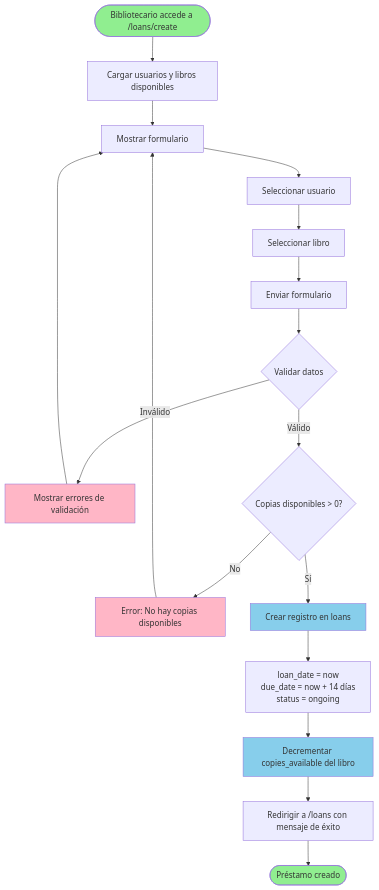
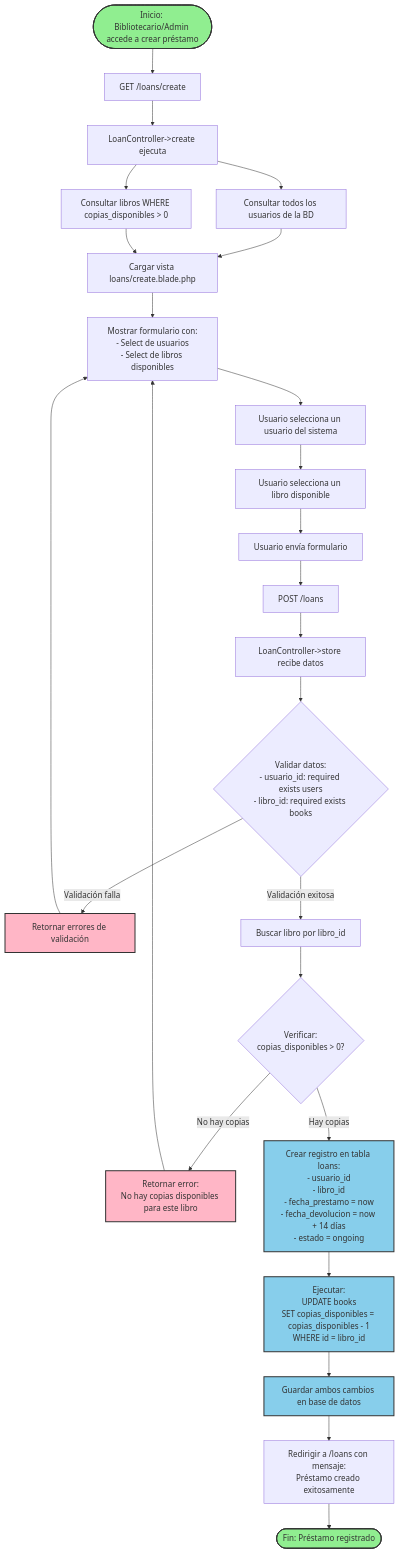
Before and after one commit to CristoferGuillen/BiblioTech: the third of 15 diagrams in DIAGRAMAS.md, drawn with Mermaid. The commit also changed other lines of this file, not shown here.

Commit message:
fix: corrige diagramas con información real y todo en español

````diff
--- a/DIAGRAMAS.md
+++ b/DIAGRAMAS.md
@@ -169,31 +182,42 @@
 ```mermaid
 flowchart TD
-    Start([Bibliotecario accede a /loans/create]) --> LoadData[Cargar usuarios y libros disponibles]
-    LoadData --> DisplayForm[Mostrar formulario]
+    A([Inicio: Bibliotecario/Admin accede a crear préstamo]) --> B[GET /loans/create]
+    B --> C[LoanController->create ejecuta]
+    C --> D[Consultar todos los usuarios de la BD]
+    C --> E[Consultar libros WHERE copias_disponibles > 0]
+    D --> F[Cargar vista loans/create.blade.php]
+    E --> F
+    F --> G[Mostrar formulario con:<br/>- Select de usuarios<br/>- Select de libros disponibles]
     
-    DisplayForm --> SelectUser[Seleccionar usuario]
-    SelectUser --> SelectBook[Seleccionar libro]
-    SelectBook --> Submit[Enviar formulario]
+    G --> H[Usuario selecciona un usuario del sistema]
+    H --> I[Usuario selecciona un libro disponible]
+    I --> J[Usuario envía formulario]
     
-    Submit --> ValidateForm{Validar datos}
-    ValidateForm -->|Inválido| ShowErrors[Mostrar errores de validación]
-    ShowErrors --> DisplayForm
+    J --> K[POST /loans]
+    K --> L[LoanController->store recibe datos]
+    L --> M{Validar datos:<br/>- usuario_id: required exists users<br/>- libro_id: required exists books}
     
-    ValidateForm -->|Válido| CheckCopies{Copias disponibles > 0?}
-    CheckCopies -->|No| ErrorNoCopies[Error: No hay copias disponibles]
-    ErrorNoCopies --> DisplayForm
+    M -->|Validación falla| N[Retornar errores de validación]
+    N --> G
     
-    CheckCopies -->|Sí| CreateLoan[Crear registro en loans]
-    CreateLoan --> SetDates[loan_date = now<br/>due_date = now + 14 días<br/>status = ongoing]
-    SetDates --> DecrementCopies[Decrementar copies_available del libro]
-    DecrementCopies --> Success[Redirigir a /loans con mensaje de éxito]
+    M -->|Validación exitosa| O[Buscar libro por libro_id]
+    O --> P{Verificar:<br/>copias_disponibles > 0?}
     
-    Success --> End([Préstamo creado])
+    P -->|No hay copias| Q[Retornar error:<br/>No hay copias disponibles para este libro]
+    Q --> G
+    
+    P -->|Hay copias| R[Crear registro en tabla loans:<br/>- usuario_id<br/>- libro_id<br/>- fecha_prestamo = now<br/>- fecha_devolucion = now + 14 días<br/>- estado = ongoing]
+    R --> S[Ejecutar:<br/>UPDATE books<br/>SET copias_disponibles = copias_disponibles - 1<br/>WHERE id = libro_id]
+    S --> T[Guardar ambos cambios en base de datos]
+    T --> U[Redirigir a /loans con mensaje:<br/>Préstamo creado exitosamente]
+    
+    U --> V([Fin: Préstamo registrado])
 
-    style Start fill:#90EE90
-    style End fill:#90EE90
-    style ErrorNoCopies fill:#FFB6C6
-    style ShowErrors fill:#FFB6C6
-    style CreateLoan fill:#87CEEB
-    style DecrementCopies fill:#87CEEB
+    style A fill:#90EE90,stroke:#333,stroke-width:2px
+    style V fill:#90EE90,stroke:#333,stroke-width:2px
+    style Q fill:#FFB6C6,stroke:#333,stroke-width:2px
+    style N fill:#FFB6C6,stroke:#333,stroke-width:2px
+    style R fill:#87CEEB,stroke:#333,stroke-width:2px
+    style S fill:#87CEEB,stroke:#333,stroke-width:2px
+    style T fill:#87CEEB,stroke:#333,stroke-width:2px
 ```
````
